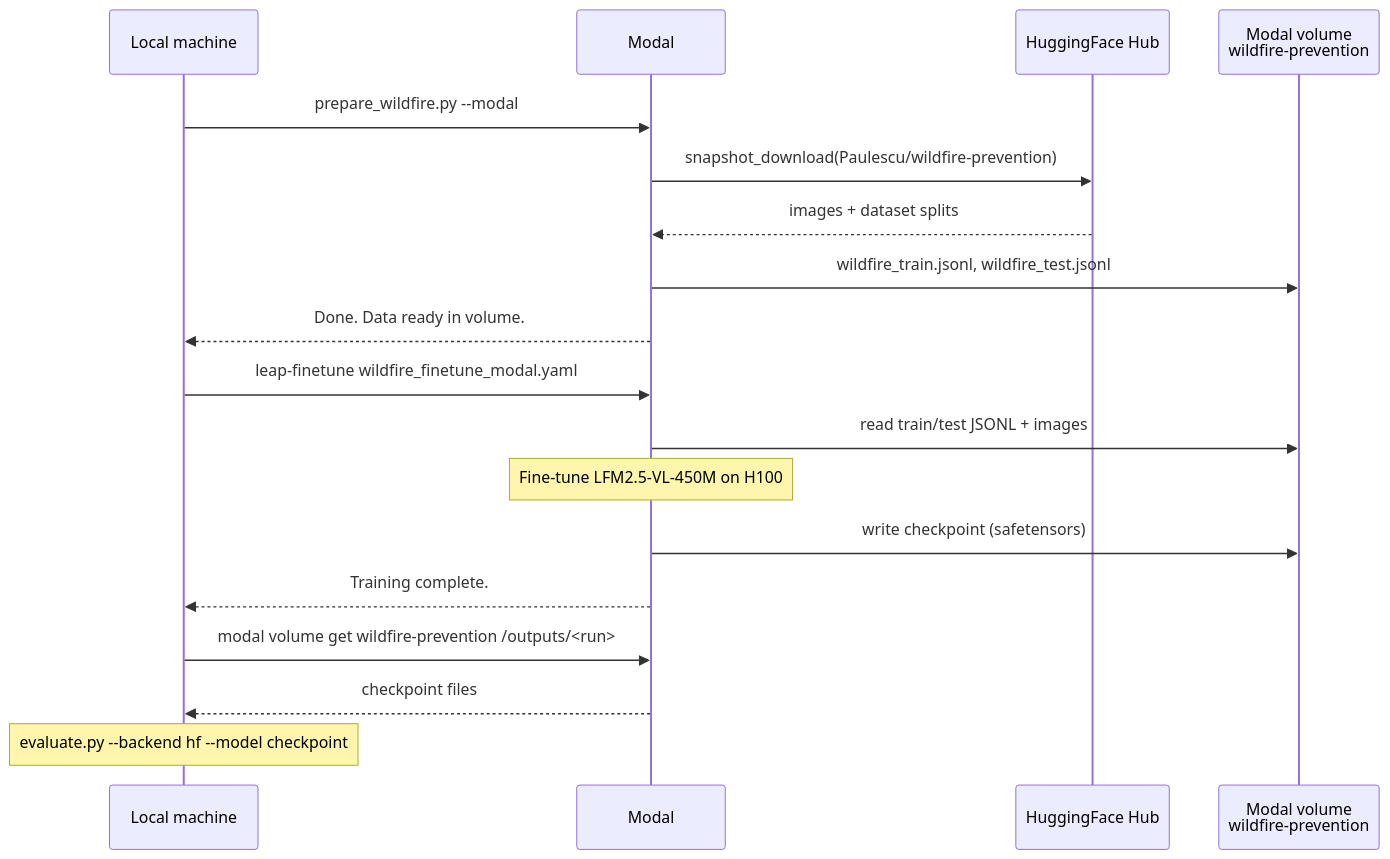
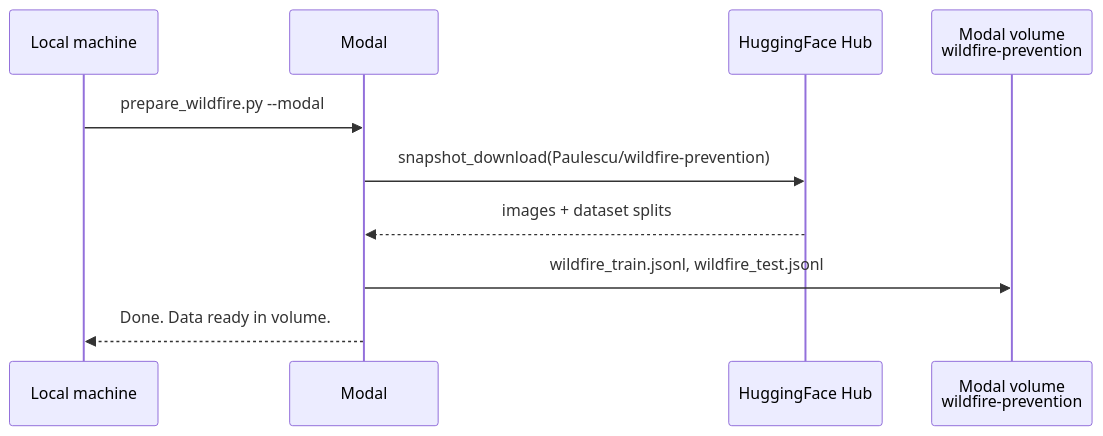
Before and after one commit to Liquid4All/cookbook: the fifth of 6 diagrams in examples/wildfire-prevention/README.md, drawn with Mermaid. The commit also changed other lines of this file and 6 other files, not shown here.

First line of the commit message:
feat(wildfire-prevention): add GGUF quantization pipeline with mmproj support

````diff
--- a/examples/wildfire-prevention/README.md
+++ b/examples/wildfire-prevention/README.md
@@ -422,24 +440,13 @@
-```mermaid
-sequenceDiagram
-    participant User as Local machine
-    participant Modal
-    participant HF as HuggingFace Hub
-    participant Vol as Modal volume<br/>wildfire-prevention
+    ```mermaid
+    sequenceDiagram
+        participant User as Local machine
+        participant Modal
+        participant HF as HuggingFace Hub
+        participant Vol as Modal volume<br/>wildfire-prevention
 
-    User->>Modal: prepare_wildfire.py --modal
-    Modal->>HF: snapshot_download(Paulescu/wildfire-prevention)
-    HF-->>Modal: images + dataset splits
-    Modal->>Vol: wildfire_train.jsonl, wildfire_test.jsonl
-    Modal-->>User: Done. Data ready in volume.
-
-    User->>Modal: leap-finetune wildfire_finetune_modal.yaml
-    Modal->>Vol: read train/test JSONL + images
-    Note over Modal: Fine-tune LFM2.5-VL-450M on H100
-    Modal->>Vol: write checkpoint (safetensors)
-    Modal-->>User: Training complete.
-
-    User->>Modal: modal volume get wildfire-prevention /outputs/<run>
-    Modal-->>User: checkpoint files
-
-    Note over User: evaluate.py --backend hf --model checkpoint
-```
+        User->>Modal: prepare_wildfire.py --modal
+        Modal->>HF: snapshot_download(Paulescu/wildfire-prevention)
+        HF-->>Modal: images + dataset splits
+        Modal->>Vol: wildfire_train.jsonl, wildfire_test.jsonl
+        Modal-->>User: Done. Data ready in volume.
+    ```
````
